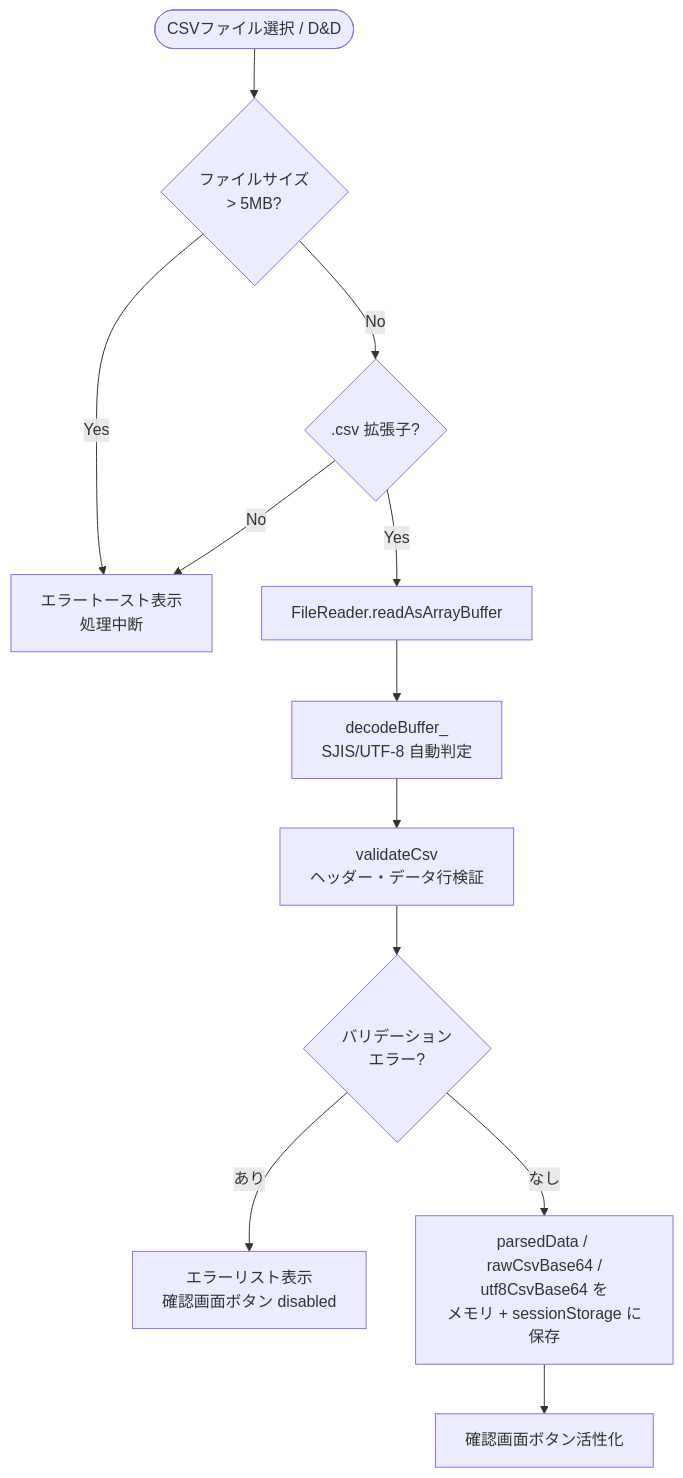
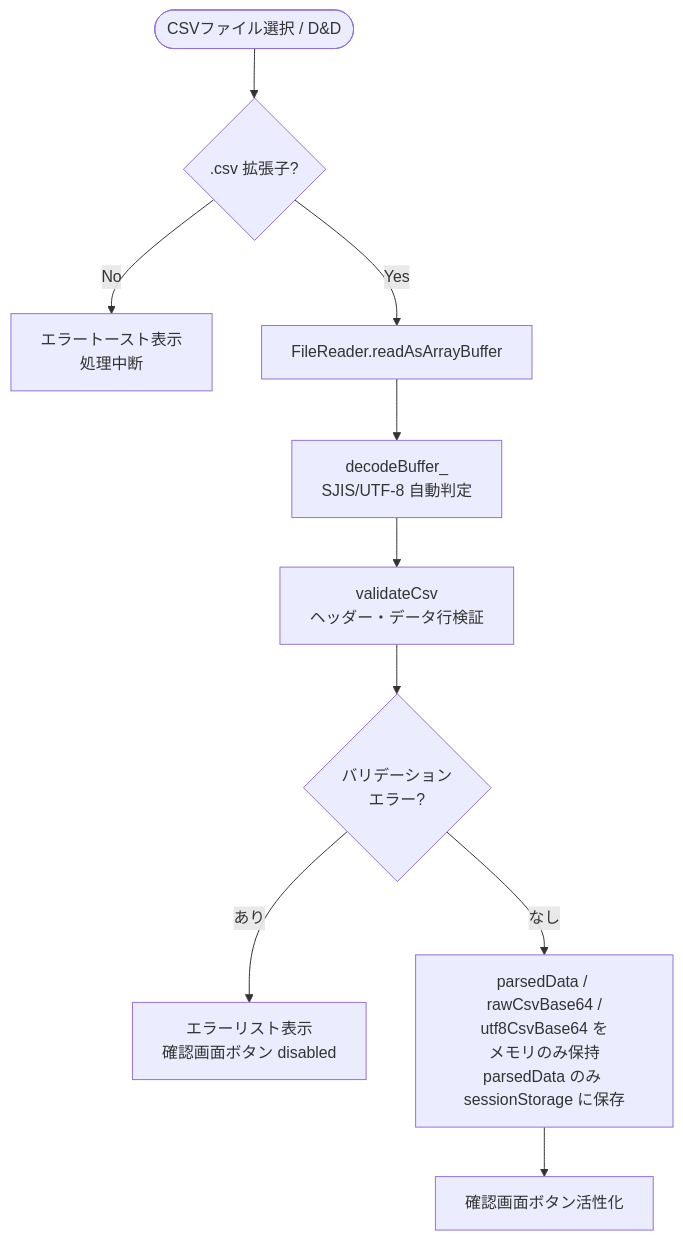
Before and after one commit to USEN-PAY-Products/connect-wholesale-gas-poc: the first of 5 diagrams in docs/flow_csv_to_bq.md, drawn with Mermaid. The commit also changed other lines of this file and 3 other files, not shown here.

````diff
--- a/docs/flow_csv_to_bq.md
+++ b/docs/flow_csv_to_bq.md
@@ -33,14 +33,20 @@
 ```mermaid
 flowchart TD
-    A([CSVファイル選択 / D&D]) --> B{ファイルサイズ\n> 5MB?}
-    B -- Yes --> C[エラートースト表示\n処理中断]
-    B -- No --> D{.csv 拡張子?}
-    D -- No --> C
-    D -- Yes --> E[FileReader.readAsArrayBuffer]
-    E --> F[decodeBuffer_\nSJIS/UTF-8 自動判定]
-    F --> G[validateCsv\nヘッダー・データ行検証]
-    G --> H{バリデーション\nエラー?}
-    H -- あり --> I[エラーリスト表示\n確認画面ボタン disabled]
-    H -- なし --> J[parsedData / rawCsvBase64 /\nutf8CsvBase64 を\nメモリ + sessionStorage に保存]
+    A([CSVファイル選択 / D&D]) --> B{.csv 拡張子?}
+    B -- No --> C[エラートースト表示
+処理中断]
+    B -- Yes --> E[FileReader.readAsArrayBuffer]
+    E --> F[decodeBuffer_
+SJIS/UTF-8 自動判定]
+    F --> G[validateCsv
+ヘッダー・データ行検証]
+    G --> H{バリデーション
+エラー?}
+    H -- あり --> I[エラーリスト表示
+確認画面ボタン disabled]
+    H -- なし --> J[parsedData / rawCsvBase64 /
+utf8CsvBase64 を
+メモリのみ保持
+parsedData のみ sessionStorage に保存]
     J --> K[確認画面ボタン活性化]
 ```
````
